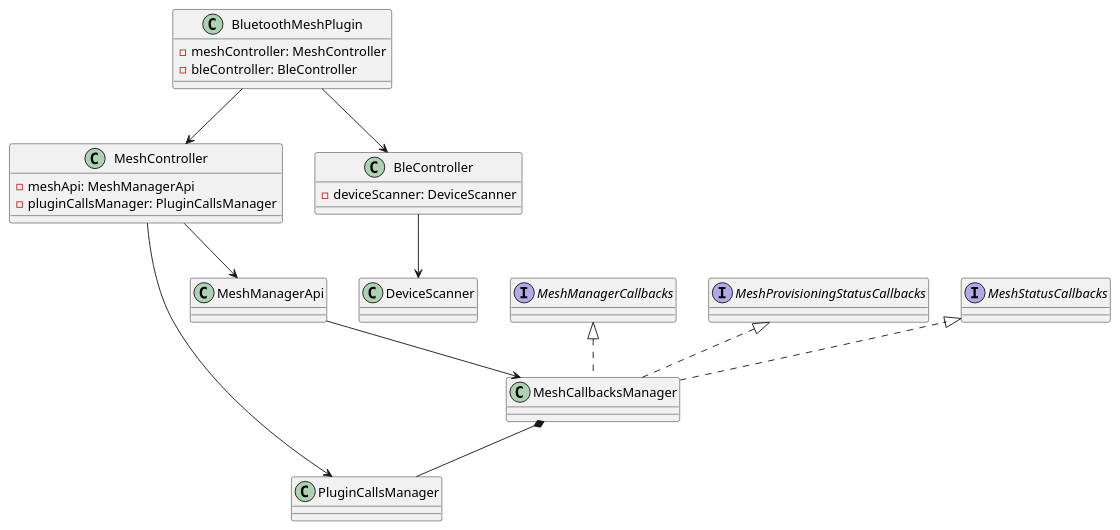
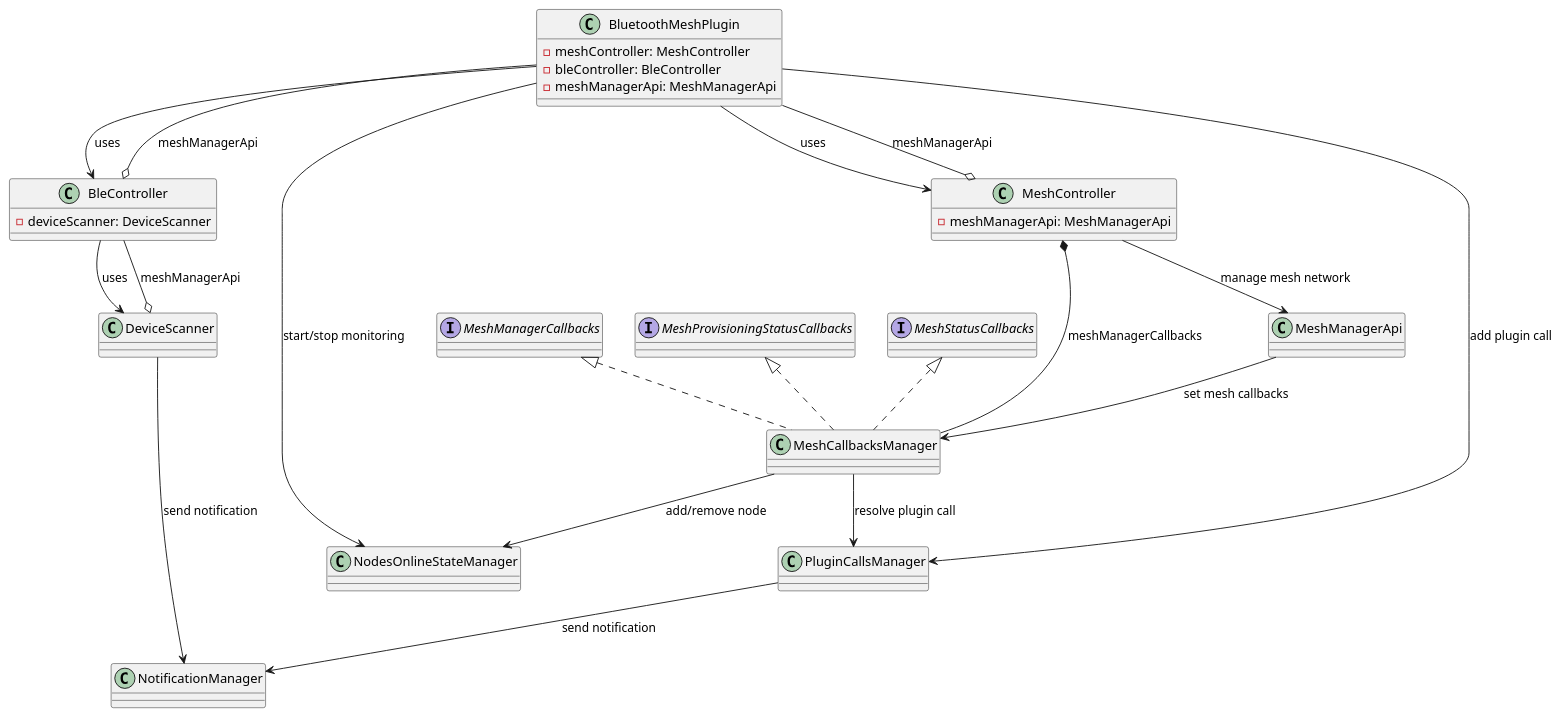
One commit to lebrislo/bluetooth-mesh-plugin changed the diagram in doc/android_plugin_class_diagram.puml. Above: the diagram before and after it, drawn with PlantUML. The commit also changed 3 other files, not shown here.

Commit message:
update class diagram

```diff
--- a/doc/android_plugin_class_diagram.puml
+++ b/doc/android_plugin_class_diagram.puml
@@ -1,29 +1,39 @@
 @startuml Android Plugin Class Diagram
 class BluetoothMeshPlugin {
     - meshController: MeshController
     - bleController: BleController
+    - meshManagerApi: MeshManagerApi
 }
 class MeshController {
-    - meshApi: MeshManagerApi
-    - pluginCallsManager: PluginCallsManager
+    - meshManagerApi: MeshManagerApi
 }
 class BleController {
     - deviceScanner: DeviceScanner
 }
 class MeshManagerApi
 class DeviceScanner
 class MeshCallbacksManager implements MeshManagerCallbacks, MeshProvisioningStatusCallbacks, MeshStatusCallbacks
 class PluginCallsManager
+class NotificationManager
+class NodesOnlineStateManager
 
 interface MeshManagerCallbacks
 interface MeshProvisioningStatusCallbacks
 interface MeshStatusCallbacks
 
-BluetoothMeshPlugin --> MeshController
-BluetoothMeshPlugin --> BleController
-MeshController --> MeshManagerApi
-MeshController --> PluginCallsManager
-BleController --> DeviceScanner
-MeshCallbacksManager *-- PluginCallsManager
-MeshManagerApi --> MeshCallbacksManager
+BluetoothMeshPlugin --> MeshController: uses
+BluetoothMeshPlugin --> BleController: uses
+MeshController --> MeshManagerApi: manage mesh network
+DeviceScanner o-- BleController: meshManagerApi
+BleController --> DeviceScanner: uses
+BleController o-- BluetoothMeshPlugin: meshManagerApi
+MeshController o-- BluetoothMeshPlugin: meshManagerApi
+MeshController *-- MeshCallbacksManager: meshManagerCallbacks
+MeshManagerApi --> MeshCallbacksManager: set mesh callbacks
+MeshCallbacksManager --> PluginCallsManager: resolve plugin call
+BluetoothMeshPlugin --> PluginCallsManager: add plugin call
+PluginCallsManager --> NotificationManager: send notification
+DeviceScanner --> NotificationManager: send notification
+MeshCallbacksManager --> NodesOnlineStateManager: add/remove node
+BluetoothMeshPlugin --> NodesOnlineStateManager: start/stop monitoring
 @enduml
```
